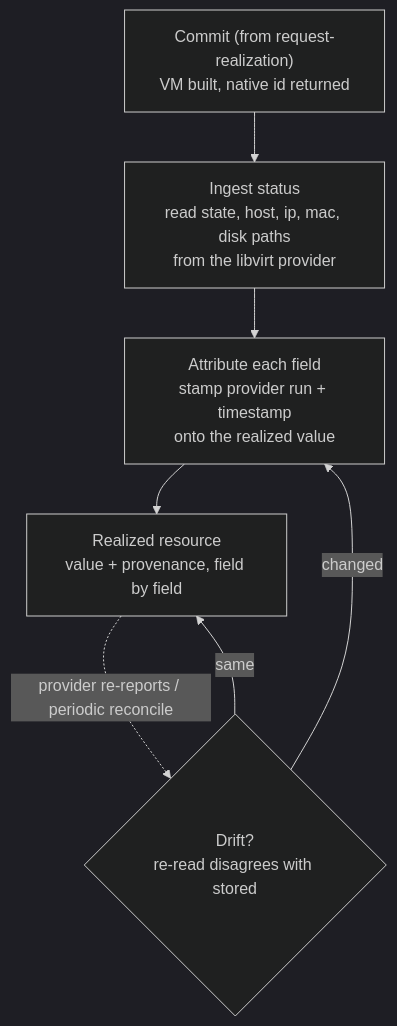
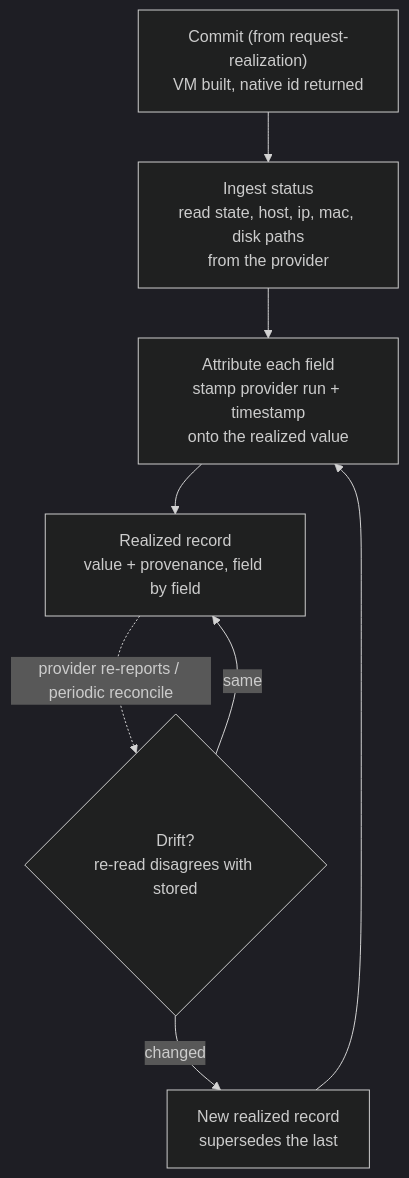
One commit to croadfeldt/udlm changed the diagram in docs/flows/uc-05-vm-status-provenance.md. Above: the diagram before and after it, drawn with Mermaid (dark theme). The commit also changed other lines of this file and 22 other files, not shown here.

````diff
--- a/docs/flows/uc-05-vm-status-provenance.md
+++ b/docs/flows/uc-05-vm-status-provenance.md
@@ -17,9 +17,10 @@
 ```mermaid
 flowchart TD
-  C["Commit (from request-realization)<br/>VM built, native id returned"] --> I["Ingest status<br/>read state, host, ip, mac, disk paths<br/>from the libvirt provider"]
+  C["Commit (from request-realization)<br/>VM built, native id returned"] --> I["Ingest status<br/>read state, host, ip, mac, disk paths<br/>from the provider"]
   I --> P["Attribute each field<br/>stamp provider run + timestamp<br/>onto the realized value"]
-  P --> S["Realized resource<br/>value + provenance, field by field"]
+  P --> S["Realized record<br/>value + provenance, field by field"]
   S -. "provider re-reports / periodic reconcile" .-> D{"Drift?<br/>re-read disagrees with stored"}
-  D -- "changed" --> P
+  D -- "changed" --> N["New realized record<br/>supersedes the last"]
+  N --> P
   D -- "same" --> S
 ```
````
